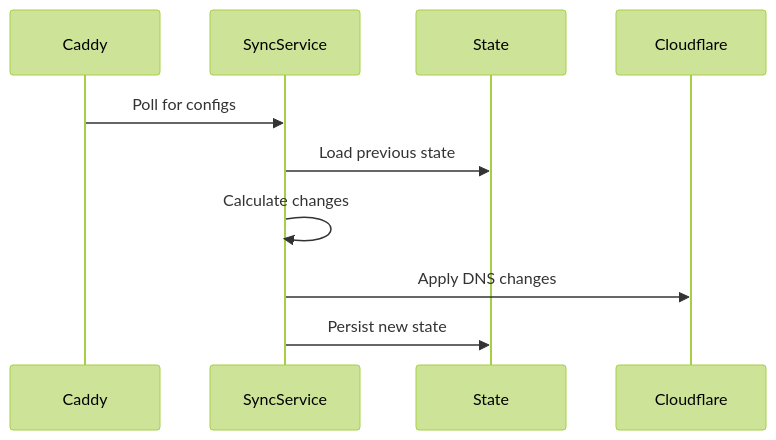
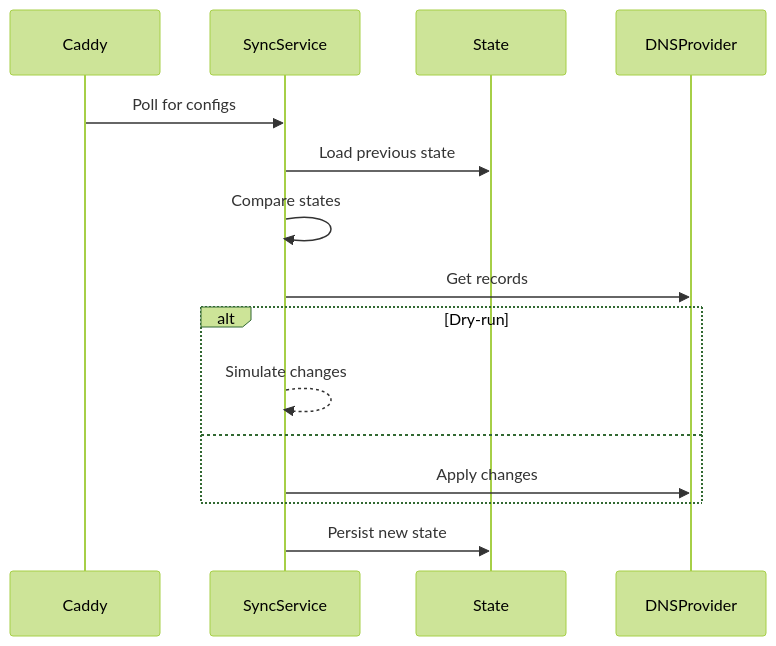
Before and after one commit to evanofslack/caddy-dns-sync: the diagram in docs/aider/structure.md, drawn with Mermaid (forest theme). The commit also changed 2 other files, not shown here.

````diff
--- a/docs/aider/structure.md
+++ b/docs/aider/structure.md
@@ -29,13 +29,18 @@
 ```mermaid
 sequenceDiagram
     participant Caddy
     participant SyncService
     participant State
-    participant Cloudflare
+    participant DNSProvider
     
     Caddy->>SyncService: Poll for configs
     SyncService->>State: Load previous state
-    SyncService->>SyncService: Calculate changes
-    SyncService->>Cloudflare: Apply DNS changes
+    SyncService->>SyncService: Compare states
+    SyncService->>DNSProvider: Get records
+    alt Dry-run
+        SyncService-->>SyncService: Simulate changes
+    else
+        SyncService->>DNSProvider: Apply changes
+    end
     SyncService->>State: Persist new state
 ```
````
